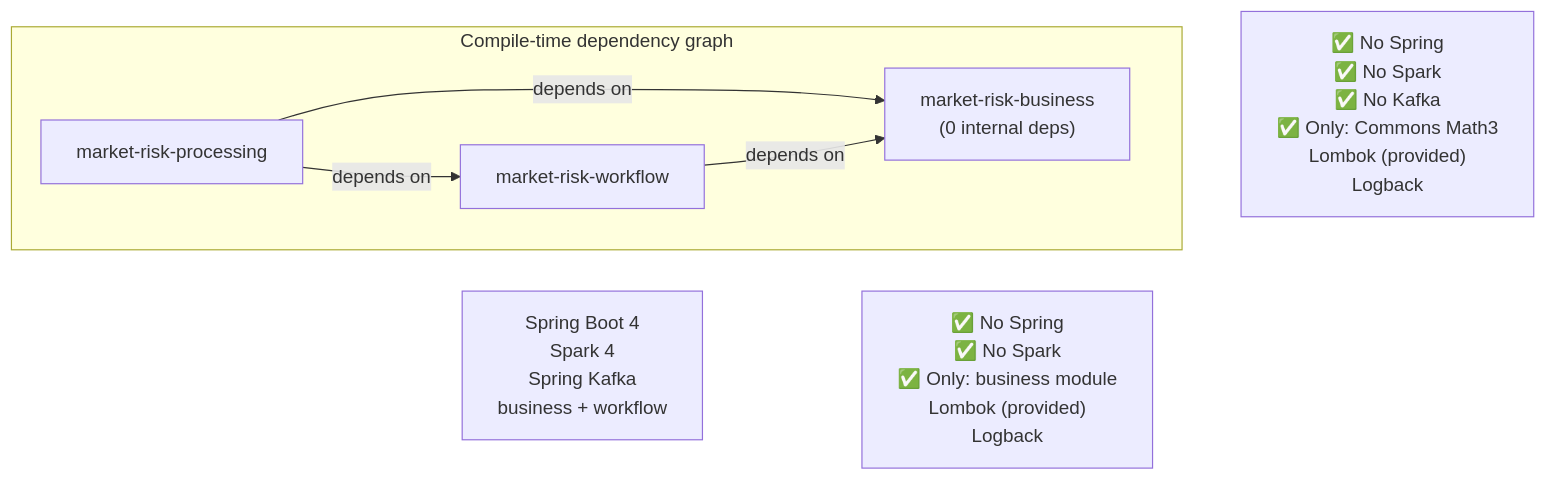
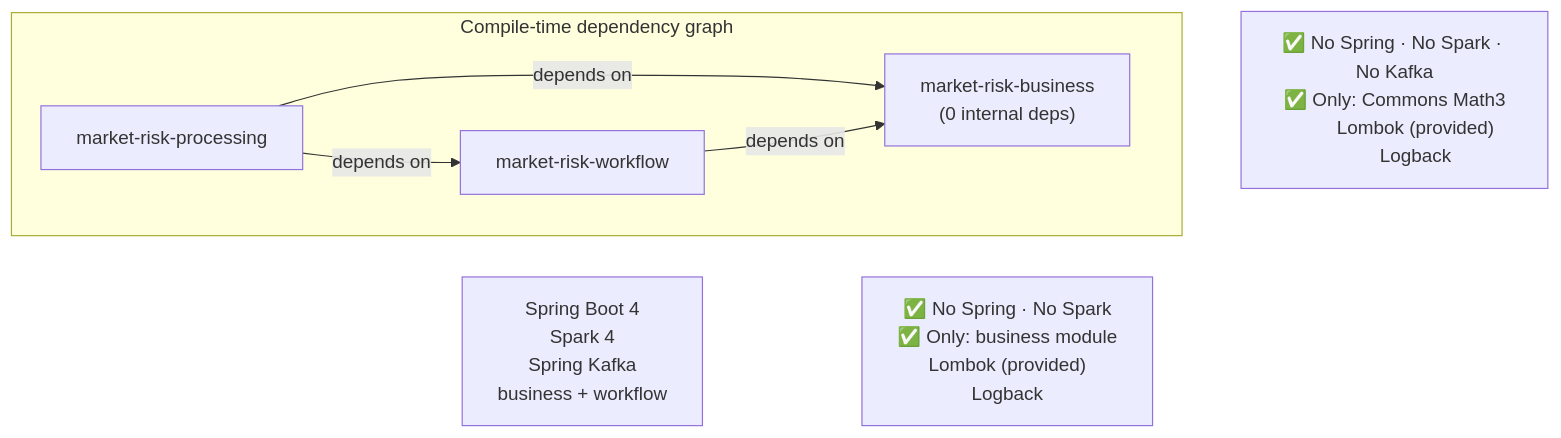
One commit to kacemjd/market-risk-quant changed the second of 2 diagrams in docs/architecture-review.md. Above: the diagram before and after it, drawn with Mermaid. The commit also changed other lines of this file and 34 other files, not shown here.

````diff
--- a/docs/architecture-review.md
+++ b/docs/architecture-review.md
@@ -134,16 +321,16 @@
 ```mermaid
 flowchart LR
     subgraph COMPILE["Compile-time dependency graph"]
         BIZ["market-risk-business\n(0 internal deps)"]
         WF["market-risk-workflow"]
         PROC["market-risk-processing"]
     end
 
-    WF -->|depends on| BIZ
+    WF   -->|depends on| BIZ
     PROC -->|depends on| WF
     PROC -->|depends on| BIZ
 
-    BIZ ~~~ NOTE1["✅ No Spring\n✅ No Spark\n✅ No Kafka\n✅ Only: Commons Math3\n     Lombok (provided)\n     Logback"]
-    WF ~~~ NOTE2["✅ No Spring\n✅ No Spark\n✅ Only: business module\n     Lombok (provided)\n     Logback"]
+    BIZ ~~~ NOTE1["✅ No Spring · No Spark · No Kafka\n✅ Only: Commons Math3\n        Lombok (provided)\n        Logback"]
+    WF  ~~~ NOTE2["✅ No Spring · No Spark\n✅ Only: business module\n        Lombok (provided)\n        Logback"]
     PROC ~~~ NOTE3["Spring Boot 4\nSpark 4\nSpring Kafka\nbusiness + workflow"]
 ```
````
